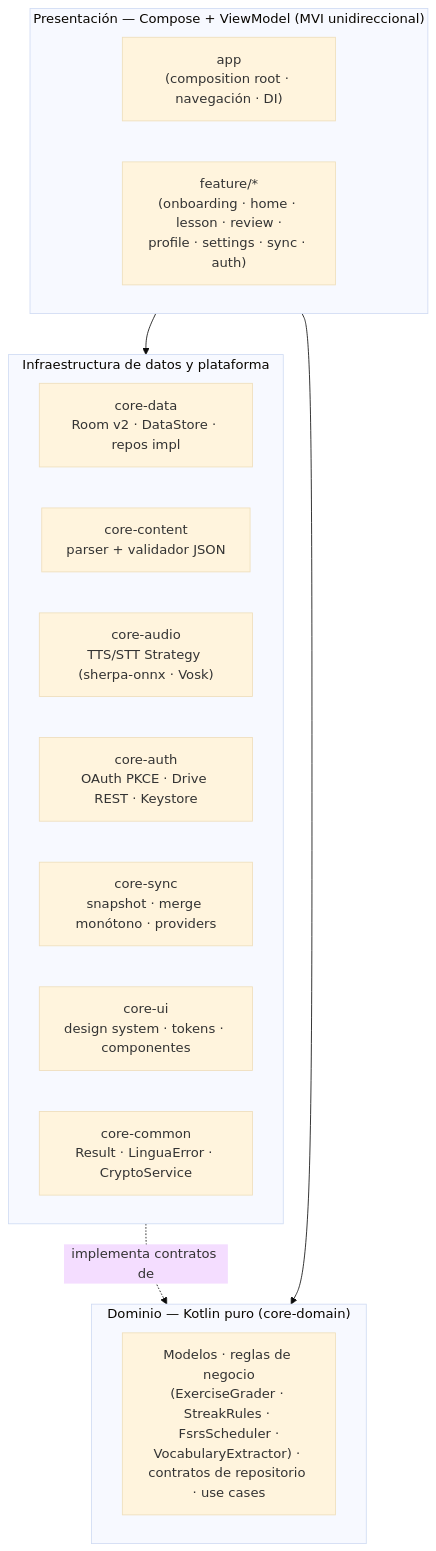
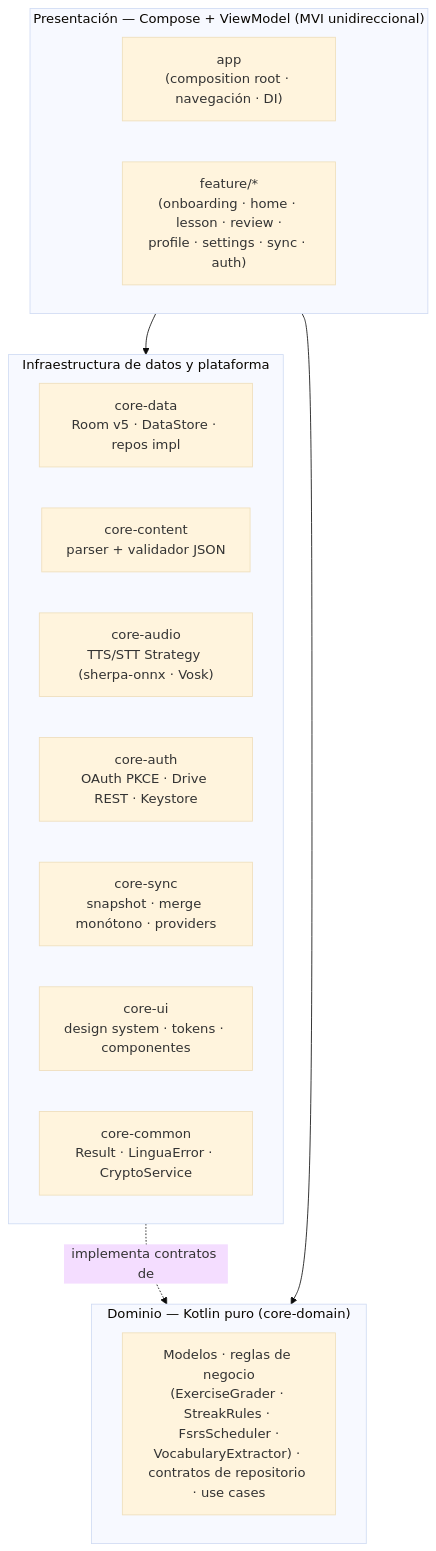
One commit to MREmmanuel09/LinguaGo changed the first of 3 diagrams in ARCHITECTURE.md. Above: the diagram before and after it, drawn with Mermaid (base theme). The commit also changed other lines of this file and 112 other files, not shown here.

````diff
--- a/ARCHITECTURE.md
+++ b/ARCHITECTURE.md
@@ -11,25 +11,25 @@
 ```mermaid
 flowchart TB
     subgraph P["Presentación — Compose + ViewModel (MVI unidireccional)"]
         direction LR
         APP["app\n(composition root · navegación · DI)"]
         FEAT["feature/*\n(onboarding · home · lesson · review ·\nprofile · settings · sync · auth)"]
     end
     subgraph DOM["Dominio — Kotlin puro (core-domain)"]
         UC["Modelos · reglas de negocio\n(ExerciseGrader · StreakRules · FsrsScheduler ·\nVocabularyExtractor) · contratos de repositorio · use cases"]
     end
     subgraph INFRA["Infraestructura de datos y plataforma"]
         direction LR
-        DATA["core-data\nRoom v2 · DataStore · repos impl"]
+        DATA["core-data\nRoom v5 · DataStore · repos impl"]
         CONTENT["core-content\nparser + validador JSON"]
         AUDIO["core-audio\nTTS/STT Strategy (sherpa-onnx · Vosk)"]
         AUTH["core-auth\nOAuth PKCE · Drive REST · Keystore"]
         SYNC["core-sync\nsnapshot · merge monótono · providers"]
         UI["core-ui\ndesign system · tokens · componentes"]
         COMMON["core-common\nResult · LinguaError · CryptoService"]
     end
 
     P --> DOM
     FEAT --> INFRA
     INFRA -.implementa contratos de.-> DOM
 ```
````
